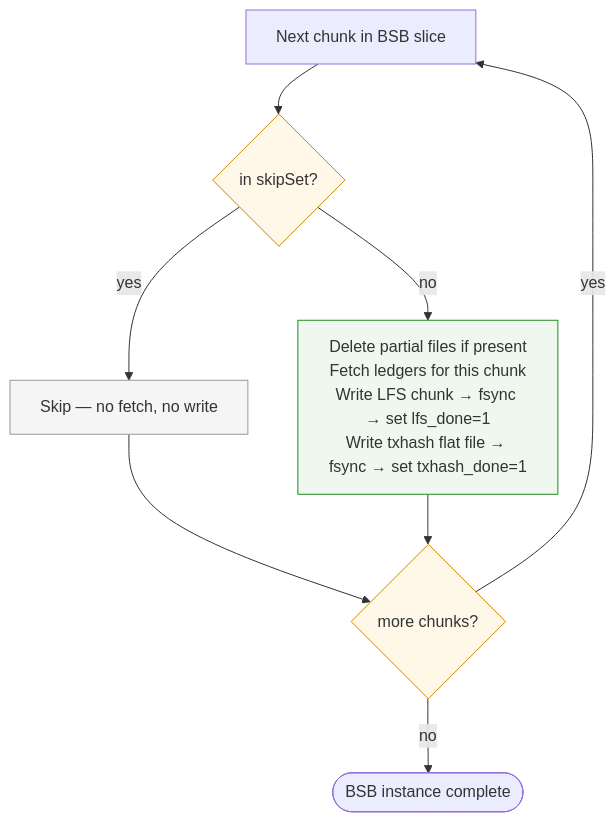
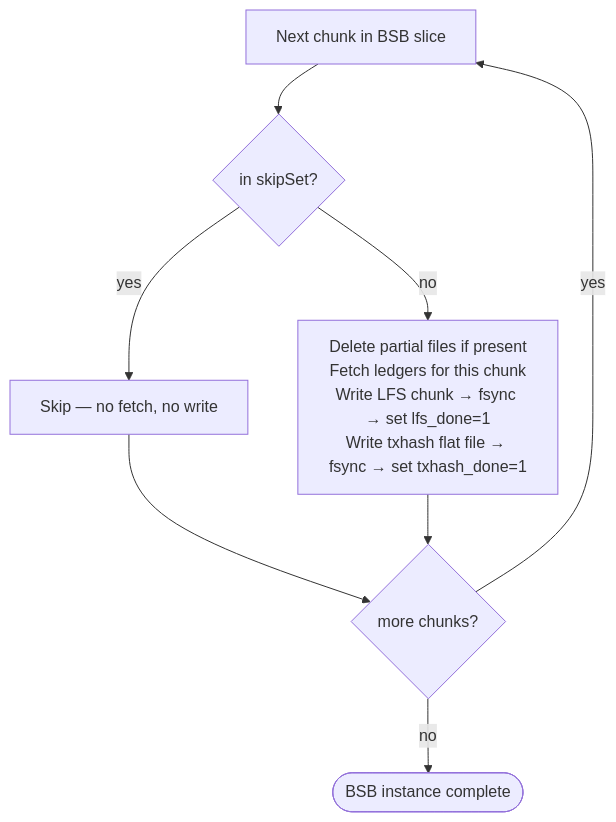
The second of 3 diagrams in design-docs-v2/07-crash-recovery.md (karthikiyer56/stellar-full-history-ingestion), drawn with Mermaid before and after one commit. The commit also changed other lines of this file and 17 other files, not shown here.

````diff
--- a/design-docs-v2/07-crash-recovery.md
+++ b/design-docs-v2/07-crash-recovery.md
@@ -795,14 +795,10 @@
 ```mermaid
 flowchart TD
-    classDef skip fill:#f5f5f5,stroke:#999
-    classDef action fill:#eef8ee,stroke:#228b22
-    classDef decision fill:#fff8e8,stroke:#cc8800
-
-    ITER["Next chunk in BSB slice"] --> CHK{in skipSet?}:::decision
-    CHK -->|yes| SKIP["Skip — no fetch, no write"]:::skip
-    CHK -->|no| REDO["Delete partial files if present<br/>Fetch ledgers for this chunk<br/>Write LFS chunk → fsync → set lfs_done=1<br/>Write txhash flat file → fsync → set txhash_done=1"]:::action
-    SKIP --> NEXT{more chunks?}:::decision
+    ITER["Next chunk in BSB slice"] --> CHK{in skipSet?}
+    CHK -->|yes| SKIP["Skip — no fetch, no write"]
+    CHK -->|no| REDO["Delete partial files if present<br/>Fetch ledgers for this chunk<br/>Write LFS chunk → fsync → set lfs_done=1<br/>Write txhash flat file → fsync → set txhash_done=1"]
+    SKIP --> NEXT{more chunks?}
     REDO --> NEXT
     NEXT -->|yes| ITER
     NEXT -->|no| DONE(["BSB instance complete"])
 ```
````
